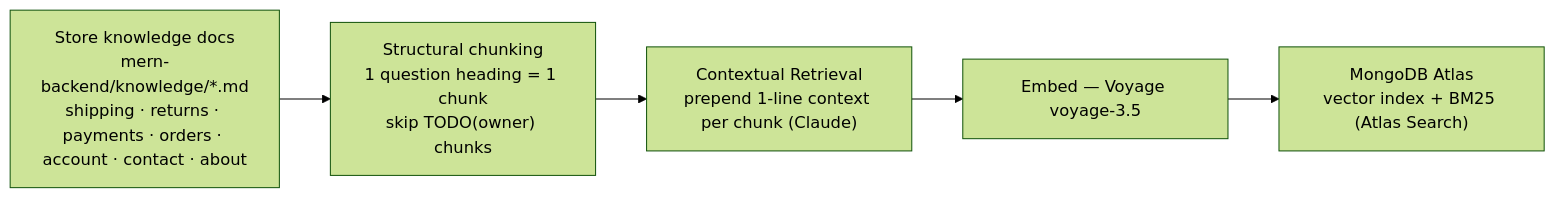
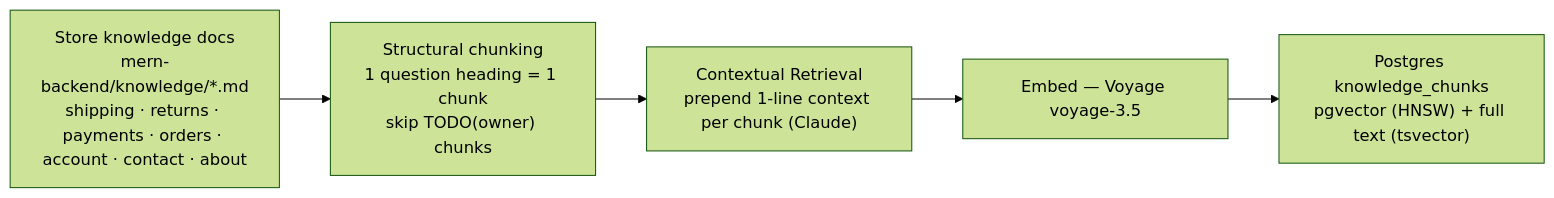
The second of 2 diagrams in docs/shopping-agent/architecture.md (shahbazkhaliddev786/mern-backend), drawn with Mermaid (forest theme) before and after one commit. The commit also changed other lines of this file and 9 other files, not shown here.

````diff
--- a/docs/shopping-agent/architecture.md
+++ b/docs/shopping-agent/architecture.md
@@ -133,9 +133,9 @@
 ```mermaid
 flowchart LR
     DOCS["Store knowledge docs<br/>mern-backend/knowledge/*.md<br/>shipping · returns · payments · orders · account · contact · about"]
     CHUNK["Structural chunking<br/>1 question heading = 1 chunk<br/>skip TODO(owner) chunks"]
     CTX["Contextual Retrieval<br/>prepend 1-line context per chunk (Claude)"]
     EMB["Embed — Voyage voyage-3.5"]
-    IDX["MongoDB Atlas<br/>vector index + BM25 (Atlas Search)"]
+    IDX["Postgres knowledge_chunks<br/>pgvector (HNSW) + full text (tsvector)"]
     DOCS --> CHUNK --> CTX --> EMB --> IDX
 ```
````
